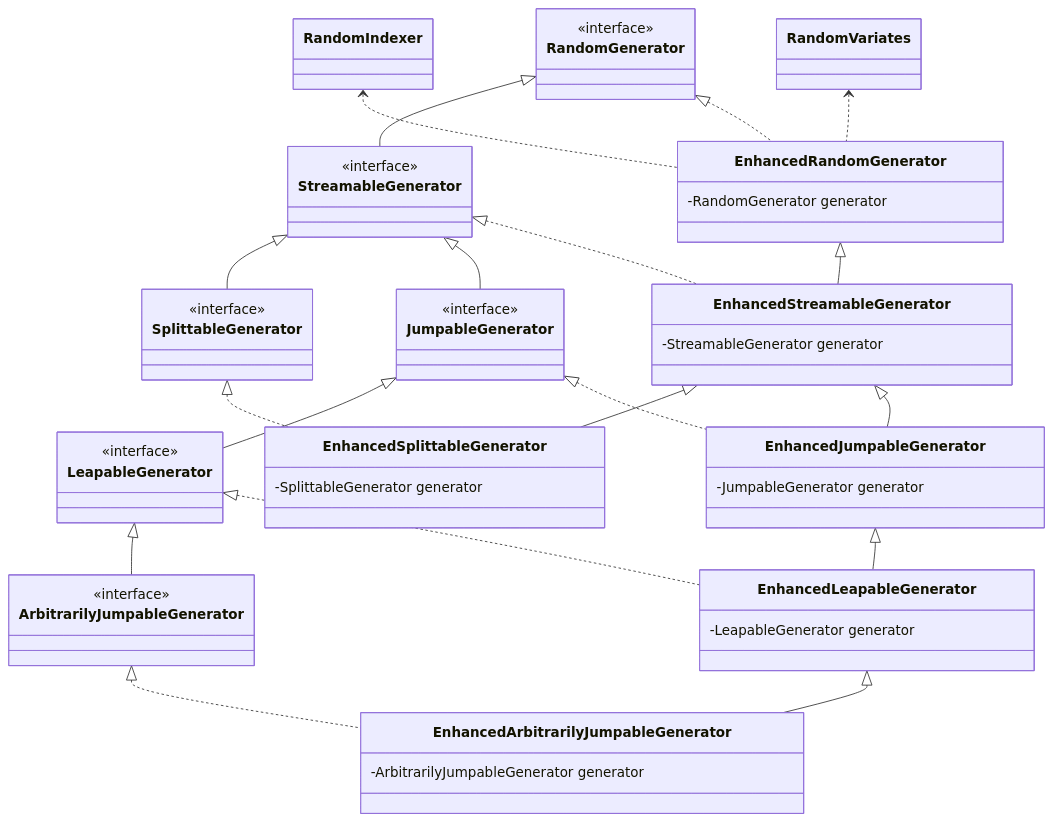
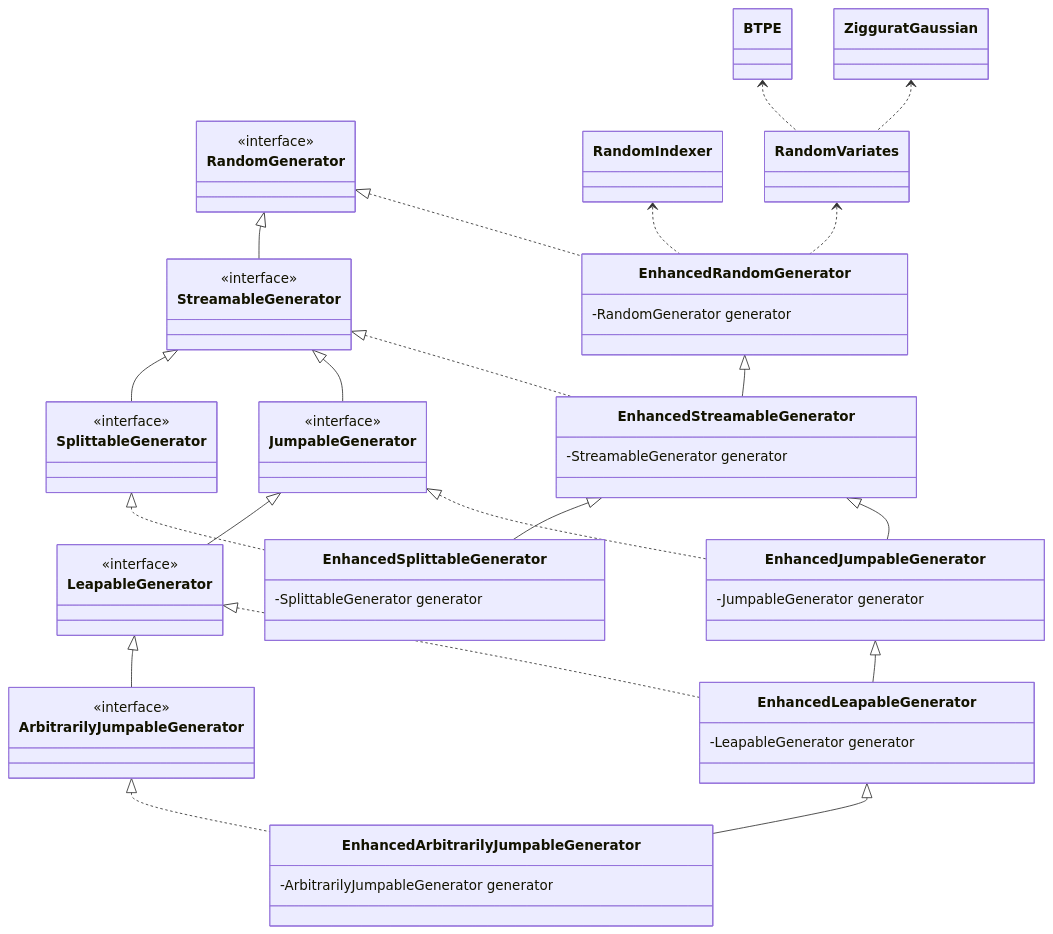
One commit to cicirello/rho-mu changed the diagram in README.md. Above: the diagram before and after it, drawn with Mermaid.

````diff
--- a/README.md
+++ b/README.md
@@ -46,61 +46,67 @@
 ```mermaid
 classDiagram
   class RandomGenerator
   <<interface>> RandomGenerator
   class StreamableGenerator
   <<interface>> StreamableGenerator
   RandomGenerator <|-- StreamableGenerator
   class SplittableGenerator
   <<interface>> SplittableGenerator
   StreamableGenerator <|-- SplittableGenerator
   class JumpableGenerator
   <<interface>> JumpableGenerator
   StreamableGenerator <|-- JumpableGenerator
   class LeapableGenerator
   <<interface>> LeapableGenerator
   JumpableGenerator <|-- LeapableGenerator
   class ArbitrarilyJumpableGenerator
   <<interface>> ArbitrarilyJumpableGenerator
   LeapableGenerator <|-- ArbitrarilyJumpableGenerator
   class EnhancedRandomGenerator
   RandomGenerator <|.. EnhancedRandomGenerator
   class RandomIndexer
   RandomIndexer <.. EnhancedRandomGenerator
   class RandomVariates
   RandomVariates <.. EnhancedRandomGenerator
   EnhancedRandomGenerator : -RandomGenerator generator
+  class BTPE
+  BTPE <.. RandomVariates
+  class ZigguratGaussian
+  ZigguratGaussian <.. RandomVariates
   class EnhancedStreamableGenerator
   EnhancedRandomGenerator <|-- EnhancedStreamableGenerator
   StreamableGenerator <|.. EnhancedStreamableGenerator
   EnhancedStreamableGenerator : -StreamableGenerator generator
   class EnhancedSplittableGenerator
   EnhancedStreamableGenerator <|-- EnhancedSplittableGenerator
   SplittableGenerator <|.. EnhancedSplittableGenerator
   EnhancedSplittableGenerator : -SplittableGenerator generator
   class EnhancedJumpableGenerator
   EnhancedStreamableGenerator <|-- EnhancedJumpableGenerator
   JumpableGenerator <|.. EnhancedJumpableGenerator
   EnhancedJumpableGenerator : -JumpableGenerator generator
   class EnhancedLeapableGenerator
   EnhancedJumpableGenerator <|-- EnhancedLeapableGenerator
   LeapableGenerator <|.. EnhancedLeapableGenerator
   EnhancedLeapableGenerator : -LeapableGenerator generator
   class EnhancedArbitrarilyJumpableGenerator
   EnhancedLeapableGenerator <|-- EnhancedArbitrarilyJumpableGenerator
   ArbitrarilyJumpableGenerator <|.. EnhancedArbitrarilyJumpableGenerator
   EnhancedArbitrarilyJumpableGenerator : -ArbitrarilyJumpableGenerator generator
   link RandomIndexer "https://rho-mu.cicirello.org/api/org.cicirello.rho_mu/org/cicirello/math/rand/RandomIndexer.html"
   link RandomVariates "https://rho-mu.cicirello.org/api/org.cicirello.rho_mu/org/cicirello/math/rand/RandomVariates.html"
   link EnhancedRandomGenerator "https://rho-mu.cicirello.org/api/org.cicirello.rho_mu/org/cicirello/math/rand/EnhancedRandomGenerator.html"
   link EnhancedStreamableGenerator "https://rho-mu.cicirello.org/api/org.cicirello.rho_mu/org/cicirello/math/rand/EnhancedStreamableGenerator.html"
   link EnhancedSplittableGenerator "https://rho-mu.cicirello.org/api/org.cicirello.rho_mu/org/cicirello/math/rand/EnhancedSplittableGenerator.html"
   link EnhancedJumpableGenerator "https://rho-mu.cicirello.org/api/org.cicirello.rho_mu/org/cicirello/math/rand/EnhancedJumpableGenerator.html"
   link EnhancedLeapableGenerator "https://rho-mu.cicirello.org/api/org.cicirello.rho_mu/org/cicirello/math/rand/EnhancedLeapableGenerator.html"
   link EnhancedArbitrarilyJumpableGenerator "https://rho-mu.cicirello.org/api/org.cicirello.rho_mu/org/cicirello/math/rand/EnhancedArbitrarilyJumpableGenerator.html"
   link RandomGenerator "https://docs.oracle.com/en/java/javase/17/docs/api/java.base/java/util/random/RandomGenerator.html"
   link StreamableGenerator "https://docs.oracle.com/en/java/javase/17/docs/api/java.base/java/util/random/RandomGenerator.StreamableGenerator.html"
   link SplittableGenerator "https://docs.oracle.com/en/java/javase/17/docs/api/java.base/java/util/random/RandomGenerator.SplittableGenerator.html"
   link JumpableGenerator "https://docs.oracle.com/en/java/javase/17/docs/api/java.base/java/util/random/RandomGenerator.JumpableGenerator.html"
   link LeapableGenerator "https://docs.oracle.com/en/java/javase/17/docs/api/java.base/java/util/random/RandomGenerator.LeapableGenerator.html"
   link ArbitrarilyJumpableGenerator "https://docs.oracle.com/en/java/javase/17/docs/api/java.base/java/util/random/RandomGenerator.ArbitrarilyJumpableGenerator.html"
+  link ZigguratGaussian "https://rho-mu.cicirello.org/api/org.cicirello.rho_mu/org/cicirello/math/rand/ZigguratGaussian.html"
+  link BTPE "https://github.com/cicirello/rho-mu/blob/main/src/main/java/org/cicirello/math/rand/BTPE.java"
 ```
````
